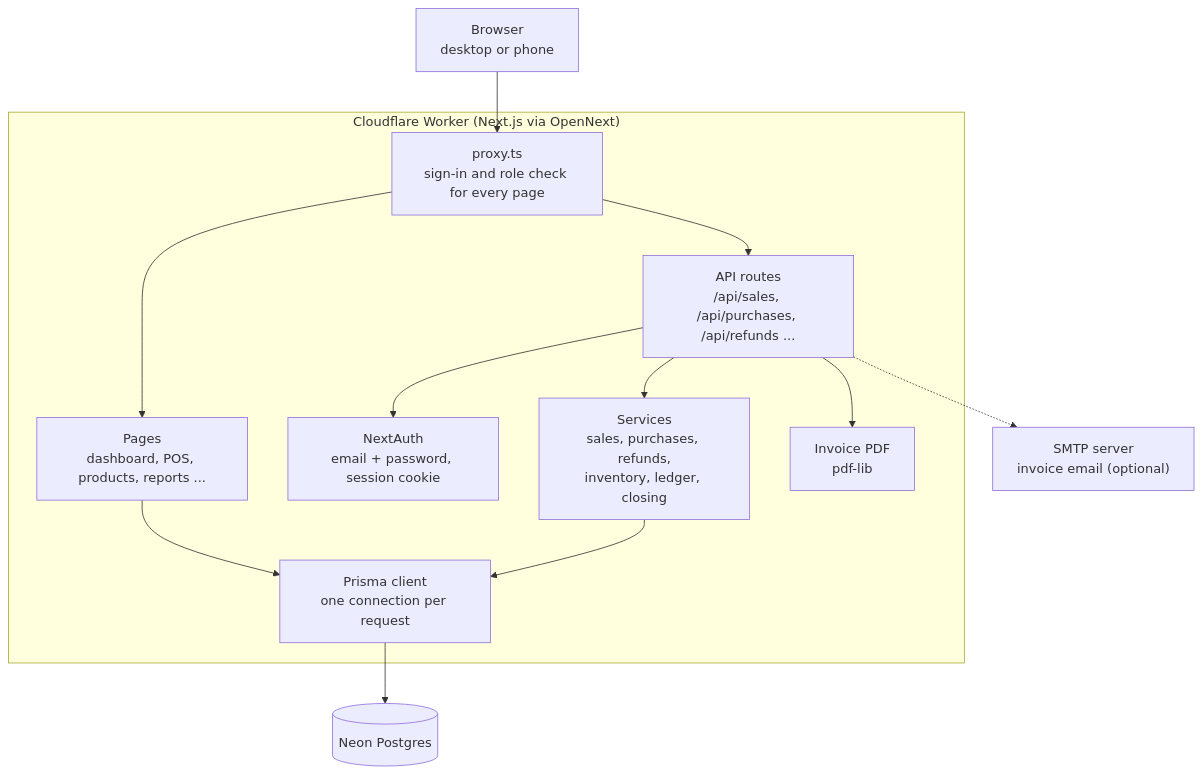
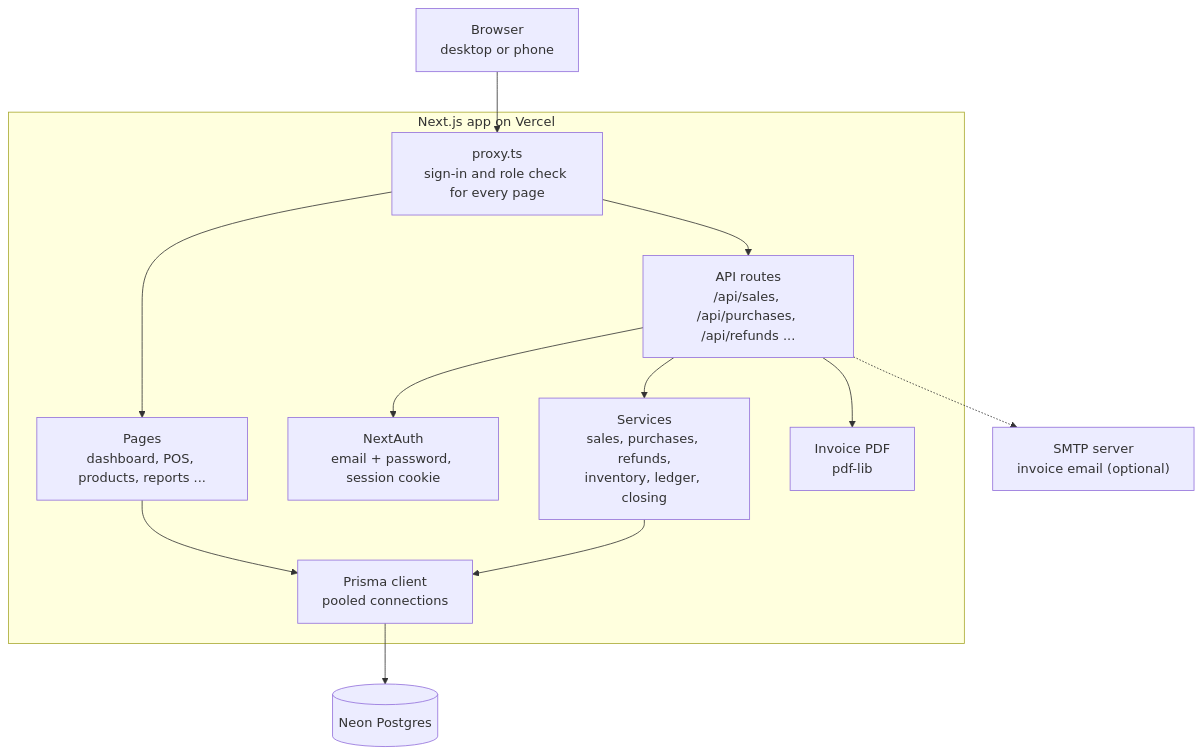
The first of 3 diagrams in README.md (rehmanpranto/Shop-Pos), drawn with Mermaid before and after one commit. The commit also changed other lines of this file and 14 other files, not shown here.

First line of the commit message:
Switch deployment from Cloudflare to Vercel

````diff
--- a/README.md
+++ b/README.md
@@ -82,28 +82,28 @@
 ```mermaid
 flowchart TD
     Browser["Browser<br/>desktop or phone"]
 
-    subgraph Worker["Cloudflare Worker (Next.js via OpenNext)"]
+    subgraph App["Next.js app on Vercel"]
         Proxy["proxy.ts<br/>sign-in and role check for every page"]
         Pages["Pages<br/>dashboard, POS, products, reports ..."]
         API["API routes<br/>/api/sales, /api/purchases, /api/refunds ..."]
         Auth["NextAuth<br/>email + password, session cookie"]
         Services["Services<br/>sales, purchases, refunds,<br/>inventory, ledger, closing"]
         PDF["Invoice PDF<br/>pdf-lib"]
-        Prisma["Prisma client<br/>one connection per request"]
+        Prisma["Prisma client<br/>pooled connections"]
     end
 
     DB[("Neon Postgres")]
     SMTP["SMTP server<br/>invoice email (optional)"]
 
     Browser --> Proxy
     Proxy --> Pages
     Proxy --> API
     Pages --> Prisma
     API --> Auth
     API --> Services
     API --> PDF
     Services --> Prisma
     Prisma --> DB
     API -.-> SMTP
 ```
````
